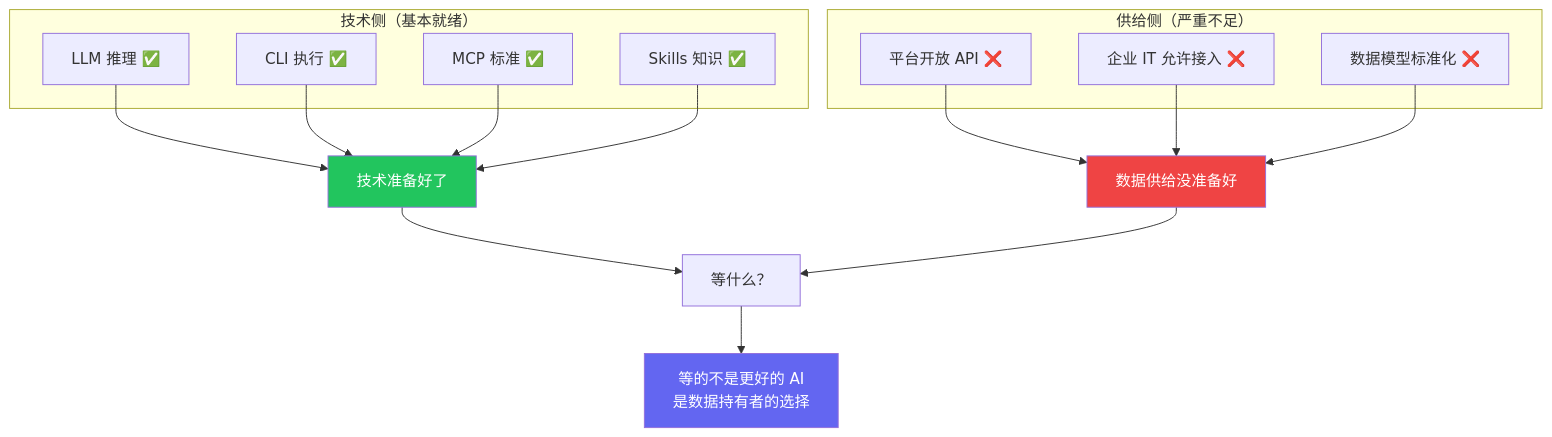
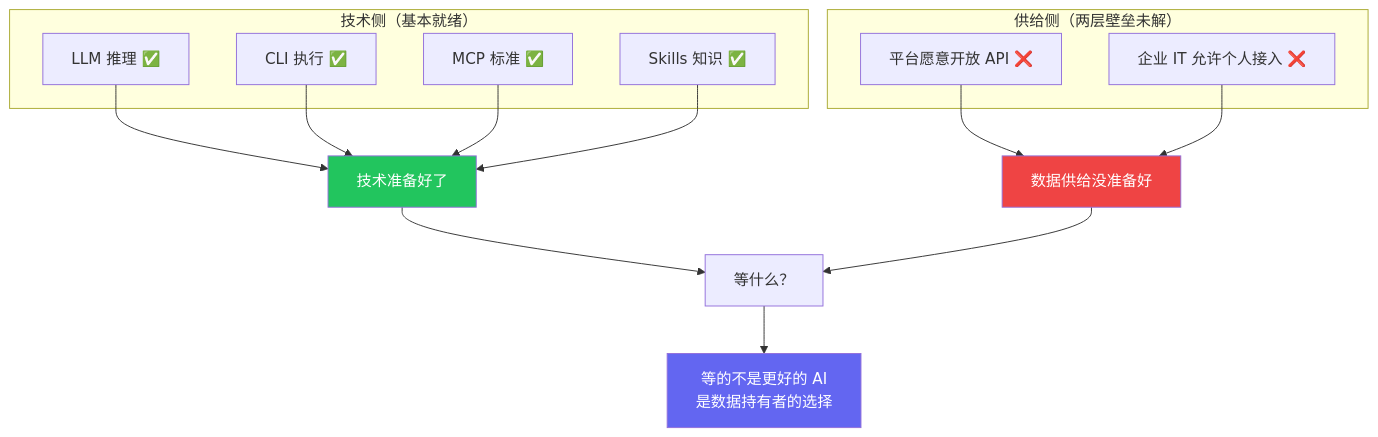
One commit to Trashwbin/quill changed the eighth of 8 diagrams in content/zh/posts/visual-vs-api-permission.md. Above: the diagram before and after it, drawn with Mermaid. The commit also changed other lines of this file, not shown here.

Commit message:
review: article 03 - align with article 02 (两层 not 三层), add strategy 3 text, formal tone, fix supply-side chart contradiction

````diff
--- a/content/zh/posts/visual-vs-api-permission.md
+++ b/content/zh/posts/visual-vs-api-permission.md
@@ -214,33 +218,31 @@
 ```mermaid
 graph TB
     subgraph "技术侧（基本就绪）"
         T1["LLM 推理 ✅"]
         T2["CLI 执行 ✅"]
         T3["MCP 标准 ✅"]
         T4["Skills 知识 ✅"]
     end
     
-    subgraph "供给侧（严重不足）"
-        S1_item["平台开放 API ❌"]
-        S2_item["企业 IT 允许接入 ❌"]
-        S3_item["数据模型标准化 ❌"]
+    subgraph "供给侧（两层壁垒未解）"
+        S1_item["平台愿意开放 API ❌"]
+        S2_item["企业 IT 允许个人接入 ❌"]
     end
     
     T1 --> Ready["技术准备好了"]
     T2 --> Ready
     T3 --> Ready
     T4 --> Ready
     
     S1_item --> NotReady["数据供给没准备好"]
     S2_item --> NotReady
-    S3_item --> NotReady
     
     Ready --> Wait["等什么？"]
     NotReady --> Wait
     
     Wait --> Answer["等的不是更好的 AI<br/>是数据持有者的选择"]
     
     style Ready fill:#22c55e,color:#fff
     style NotReady fill:#ef4444,color:#fff
     style Answer fill:#6366f1,color:#fff
 ```
````
